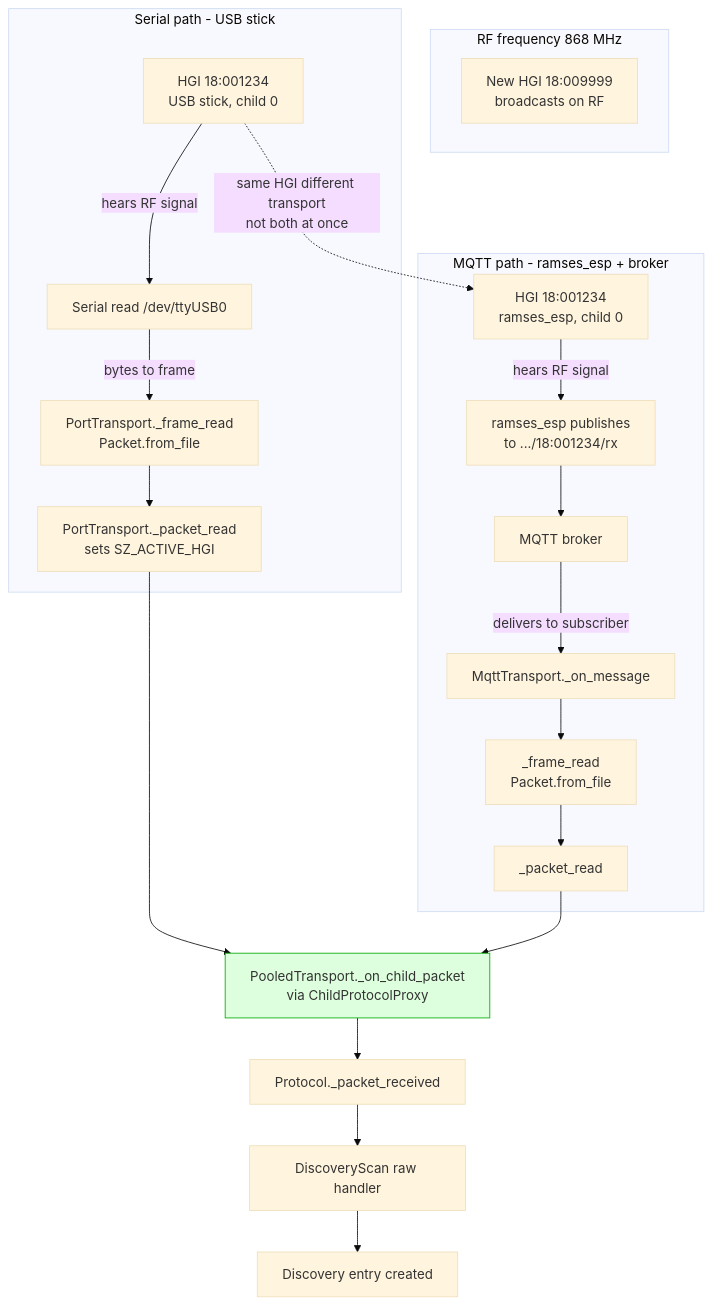
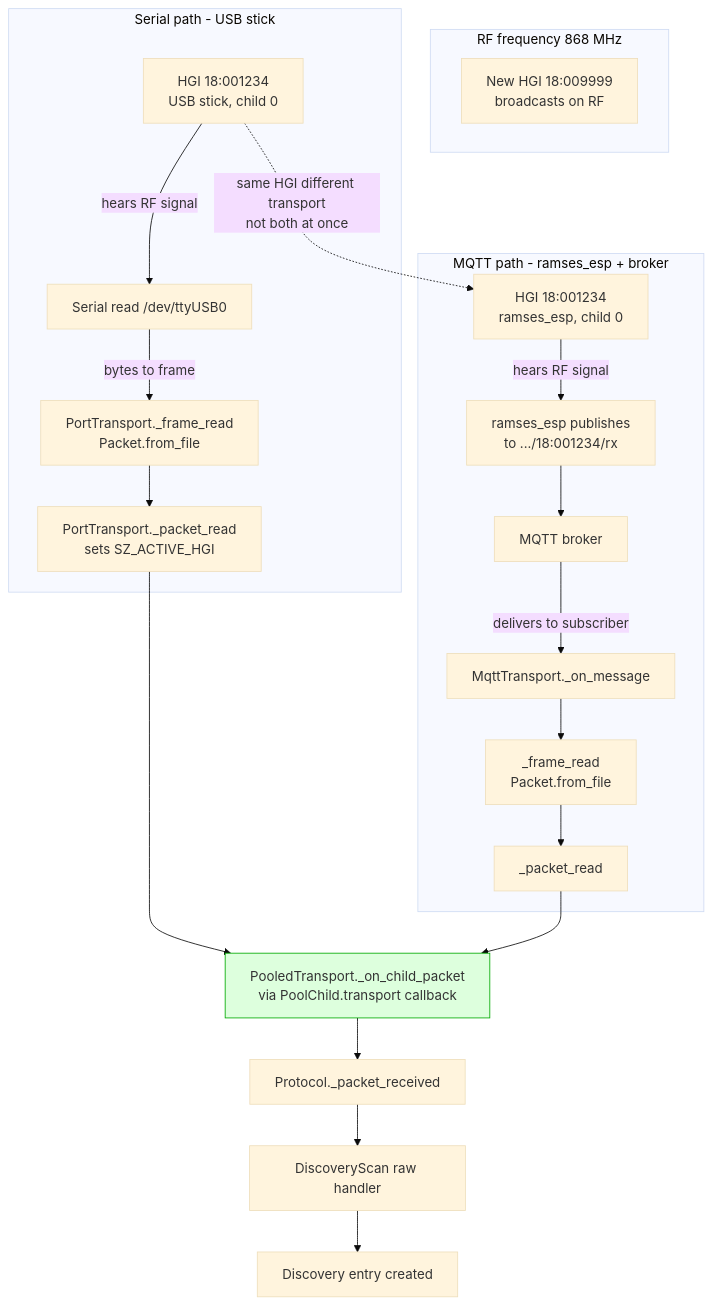
Before and after one commit to ramses-rf/ramses_cc: the diagram in docs/diagrams/03b_transport_transparency.md, drawn with Mermaid (base theme). The commit also changed other lines of this file and 4 other files, not shown here.

First line of the commit message:
docs: fix diagram accuracy after fact-check against plan

````diff
--- a/docs/diagrams/03b_transport_transparency.md
+++ b/docs/diagrams/03b_transport_transparency.md
@@ -3,33 +3,33 @@
 ```mermaid
 flowchart TD
     subgraph RF["RF frequency 868 MHz"]
         NewHGI["New HGI 18:009999<br/>broadcasts on RF"]
     end
 
     subgraph SerialPath["Serial path - USB stick"]
         USB["HGI 18:001234<br/>USB stick, child 0"]
         USB -->|"hears RF signal"| SerialRx["Serial read /dev/ttyUSB0"]
         SerialRx -->|"bytes to frame"| PortFrame["PortTransport._frame_read<br/>Packet.from_file"]
         PortFrame --> PortPkt["PortTransport._packet_read<br/>sets SZ_ACTIVE_HGI"]
     end
 
     subgraph MqttPath["MQTT path - ramses_esp + broker"]
         ESP["HGI 18:001234<br/>ramses_esp, child 0"]
         ESP -->|"hears RF signal"| EspPub["ramses_esp publishes<br/>to .../18:001234/rx"]
         EspPub --> Broker["MQTT broker"]
         Broker -->|"delivers to subscriber"| MqttSub["MqttTransport._on_message"]
         MqttSub --> MqttFrame["_frame_read<br/>Packet.from_file"]
         MqttFrame --> MqttPkt["_packet_read"]
     end
 
     USB -.->|"same HGI different transport<br/>not both at once"| ESP
 
-    PortPkt --> Pool["PooledTransport._on_child_packet<br/>via ChildProtocolProxy"]
+    PortPkt --> Pool["PooledTransport._on_child_packet<br/>via PoolChild.transport callback"]
     MqttPkt --> Pool
 
     Pool --> Proto["Protocol._packet_received"]
     Proto --> Scan["DiscoveryScan raw handler"]
     Scan --> NewDev["Discovery entry created"]
 
     style Pool fill:#dfd,stroke:#0a0
 ```
````
